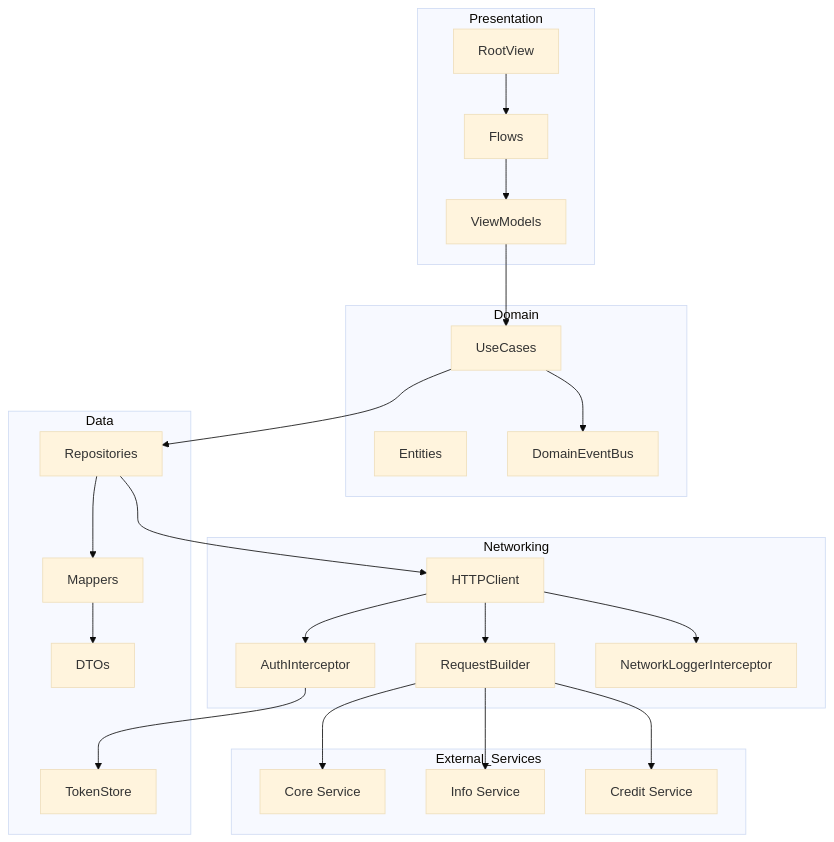
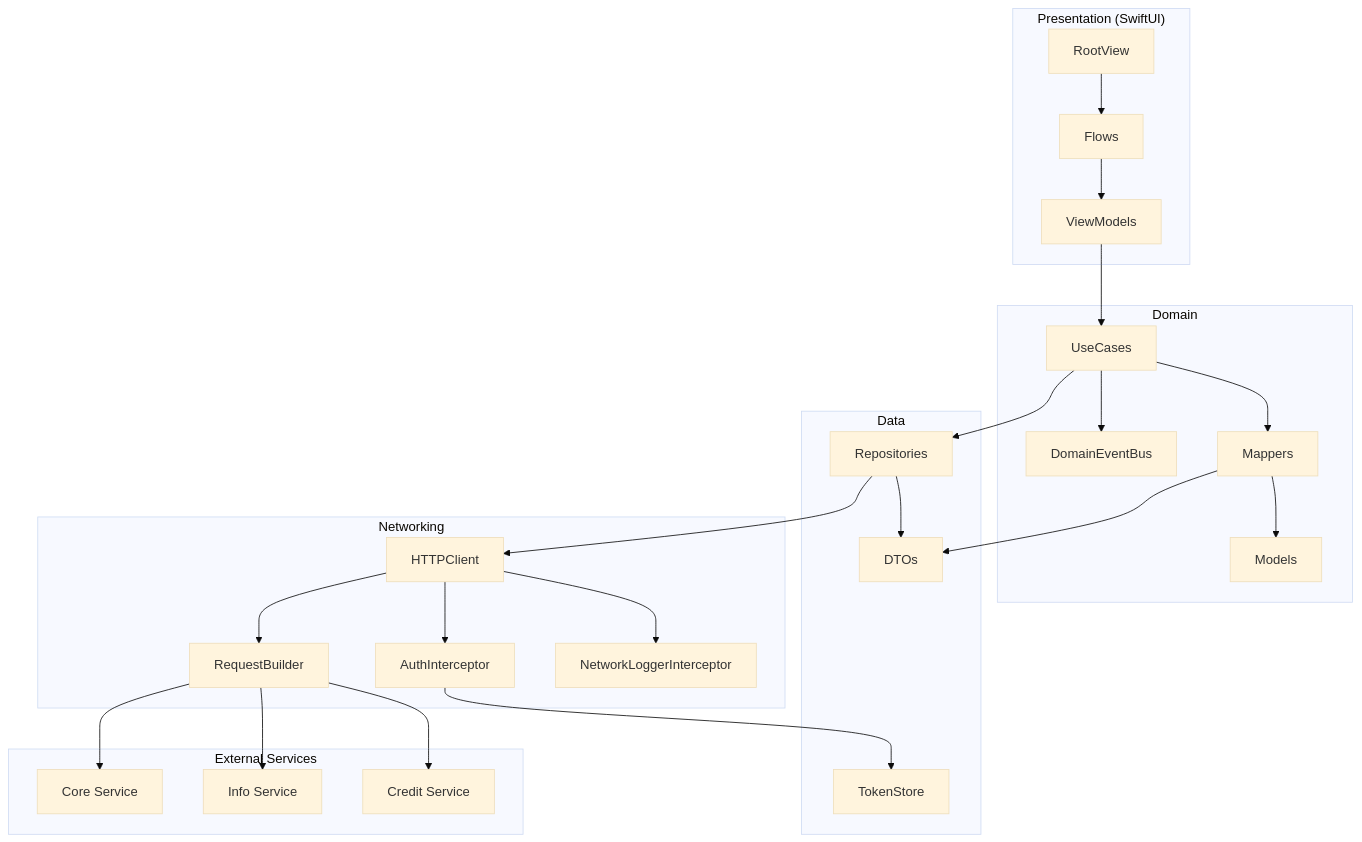
The diagram in README.md (Racoon-bank/Racoon-Client), drawn with Mermaid (base theme) before and after one commit.

Commit message:
Update Mermaid diagram in README.md

````diff
--- a/README.md
+++ b/README.md
@@ -2,51 +2,55 @@
 ```mermaid
 graph TD
 
-subgraph Presentation
+subgraph Presentation["Presentation (SwiftUI)"]
   RootView --> Flows
   Flows --> ViewModels
 end
 
-subgraph Domain
+subgraph Domain["Domain"]
   UseCases
-  Entities
+  Models
+  Mappers
   DomainEventBus
 end
 
-subgraph Data
+subgraph Data["Data"]
   Repositories
-  Mappers
   DTOs
   TokenStore
 end
 
-subgraph Networking
+subgraph Networking["Networking"]
   HTTPClient
   RequestBuilder
   AuthInterceptor
   NetworkLoggerInterceptor
 end
 
-subgraph External_Services
-  CoreService[Core Service]
-  InfoService[Info Service]
-  CreditService[Credit Service]
+subgraph ExternalServices["External Services"]
+  CoreService["Core Service"]
+  InfoService["Info Service"]
+  CreditService["Credit Service"]
 end
 
+%% dependencies
 ViewModels --> UseCases
 UseCases --> Repositories
 UseCases --> DomainEventBus
 
 Repositories --> HTTPClient
-Repositories --> Mappers
+Repositories --> DTOs
+
 Mappers --> DTOs
+Mappers --> Models
+UseCases --> Mappers
 
 HTTPClient --> RequestBuilder
 HTTPClient --> AuthInterceptor
 HTTPClient --> NetworkLoggerInterceptor
 AuthInterceptor --> TokenStore
 
 RequestBuilder --> CoreService
 RequestBuilder --> InfoService
 RequestBuilder --> CreditService
 ```
````
